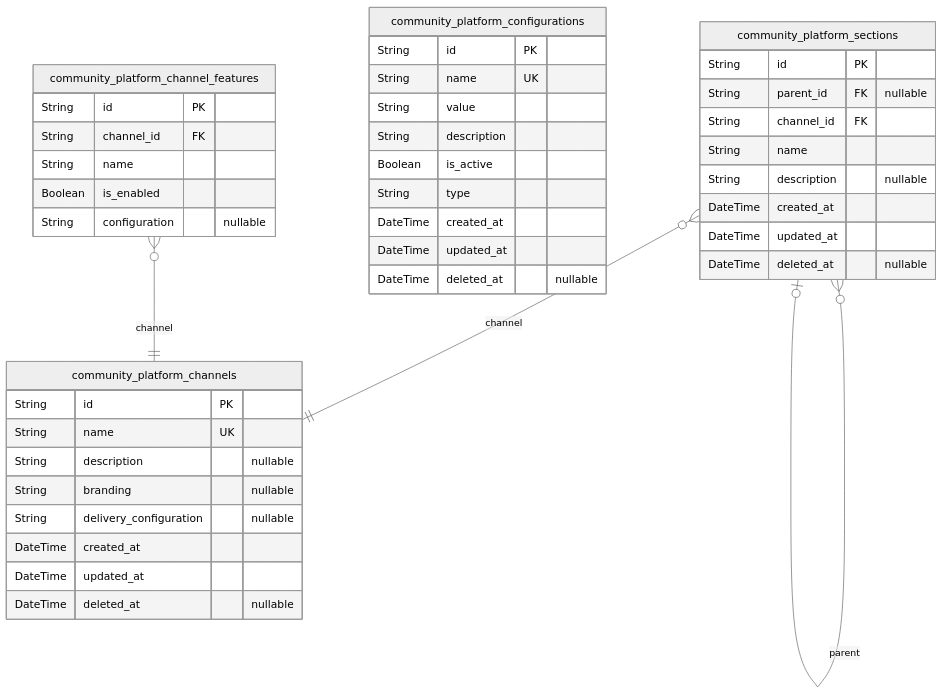
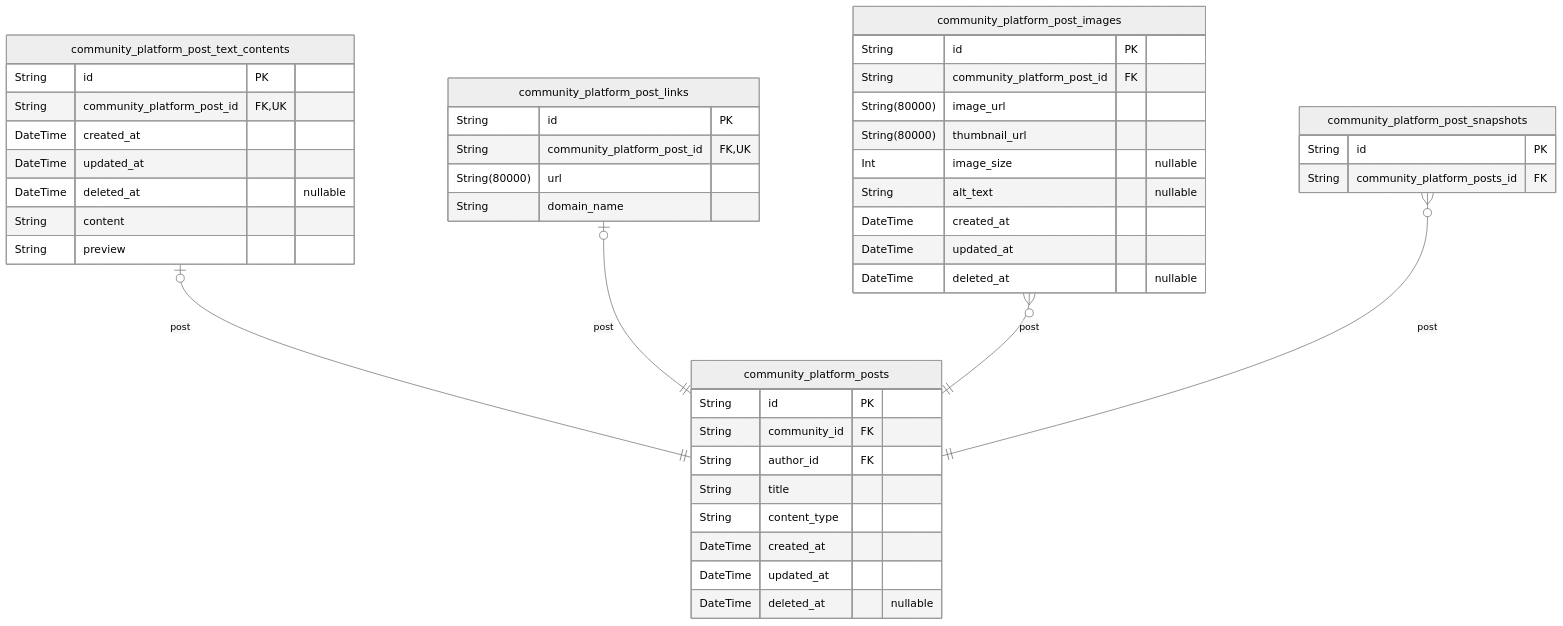
The fourth of 11 diagrams in qwen/qwen3-30b-a3b-thinking-2507/reddit/docs/ERD.md (wrtnlabs/autobe-examples), drawn with Mermaid (neutral theme) before and after one commit. The commit also changed other lines of this file and 11104 other files, not shown here.

````diff
--- a/qwen/qwen3-30b-a3b-thinking-2507/reddit/docs/ERD.md
+++ b/qwen/qwen3-30b-a3b-thinking-2507/reddit/docs/ERD.md
@@ -190,44 +499,47 @@
 ```mermaid
 erDiagram
-"community_platform_channels" {
+"community_platform_posts" {
   String id PK
-  String name UK
-  String description "nullable"
-  String branding "nullable"
-  String delivery_configuration "nullable"
+  String community_id FK
+  String author_id FK
+  String title
+  String content_type
   DateTime created_at
   DateTime updated_at
   DateTime deleted_at "nullable"
 }
-"community_platform_sections" {
+"community_platform_post_text_contents" {
   String id PK
-  String parent_id FK "nullable"
-  String channel_id FK
-  String name
-  String description "nullable"
+  String community_platform_post_id FK,UK
+  DateTime created_at
+  DateTime updated_at
+  DateTime deleted_at "nullable"
+  String content
+  String preview
+}
+"community_platform_post_links" {
+  String id PK
+  String community_platform_post_id FK,UK
+  String(80000) url
+  String domain_name
+}
+"community_platform_post_images" {
+  String id PK
+  String community_platform_post_id FK
+  String(80000) image_url
+  String(80000) thumbnail_url
+  Int image_size "nullable"
+  String alt_text "nullable"
   DateTime created_at
   DateTime updated_at
   DateTime deleted_at "nullable"
 }
-"community_platform_configurations" {
+"community_platform_post_snapshots" {
   String id PK
-  String name UK
-  String value
-  String description
-  Boolean is_active
-  String type
-  DateTime created_at
-  DateTime updated_at
-  DateTime deleted_at "nullable"
+  String community_platform_posts_id FK
 }
-"community_platform_channel_features" {
-  String id PK
-  String channel_id FK
-  String name
-  Boolean is_enabled
-  String configuration "nullable"
-}
-"community_platform_sections" }o--o| "community_platform_sections" : parent
-"community_platform_sections" }o--|| "community_platform_channels" : channel
-"community_platform_channel_features" }o--|| "community_platform_channels" : channel
+"community_platform_post_text_contents" |o--|| "community_platform_posts" : post
+"community_platform_post_links" |o--|| "community_platform_posts" : post
+"community_platform_post_images" }o--|| "community_platform_posts" : post
+"community_platform_post_snapshots" }o--|| "community_platform_posts" : post
 ```
````
